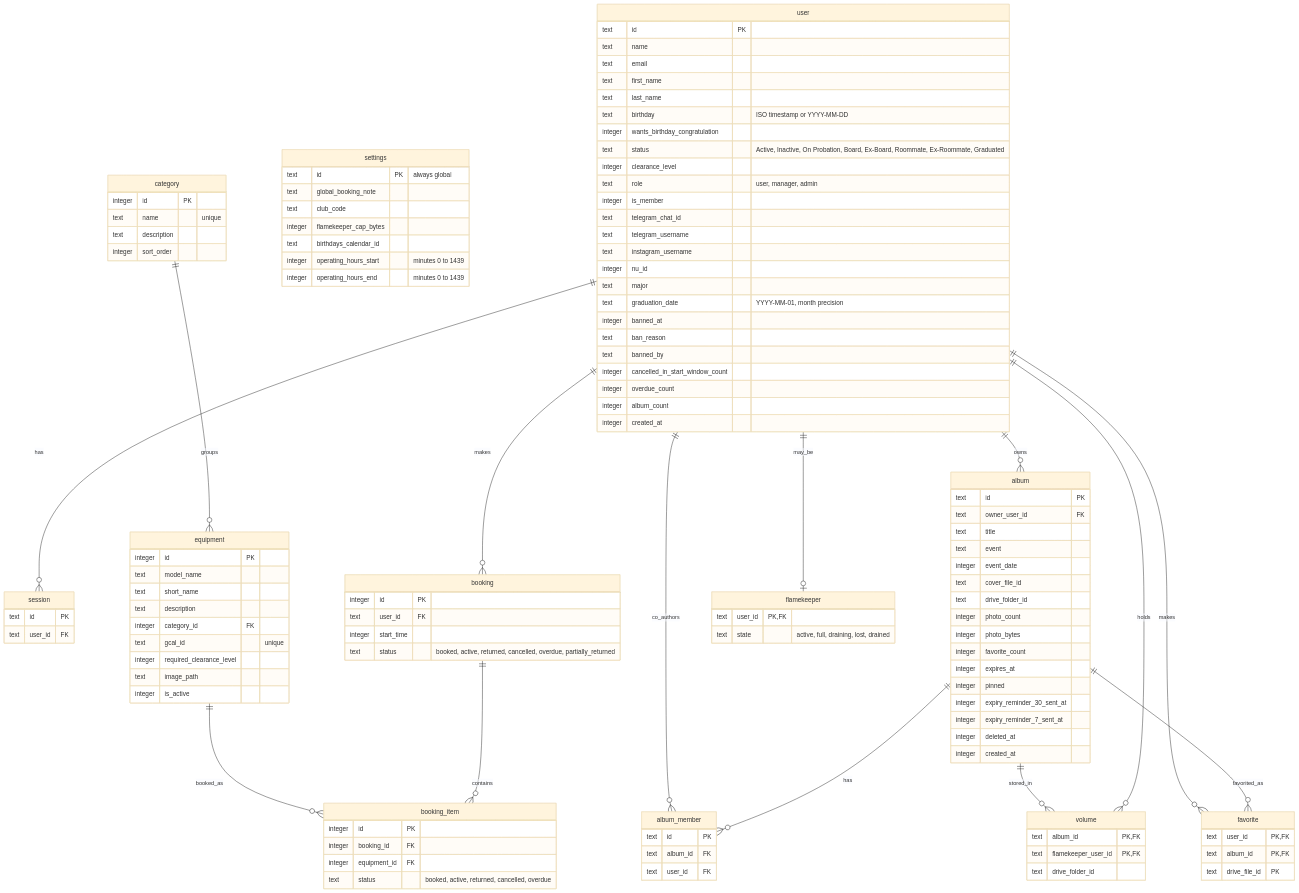
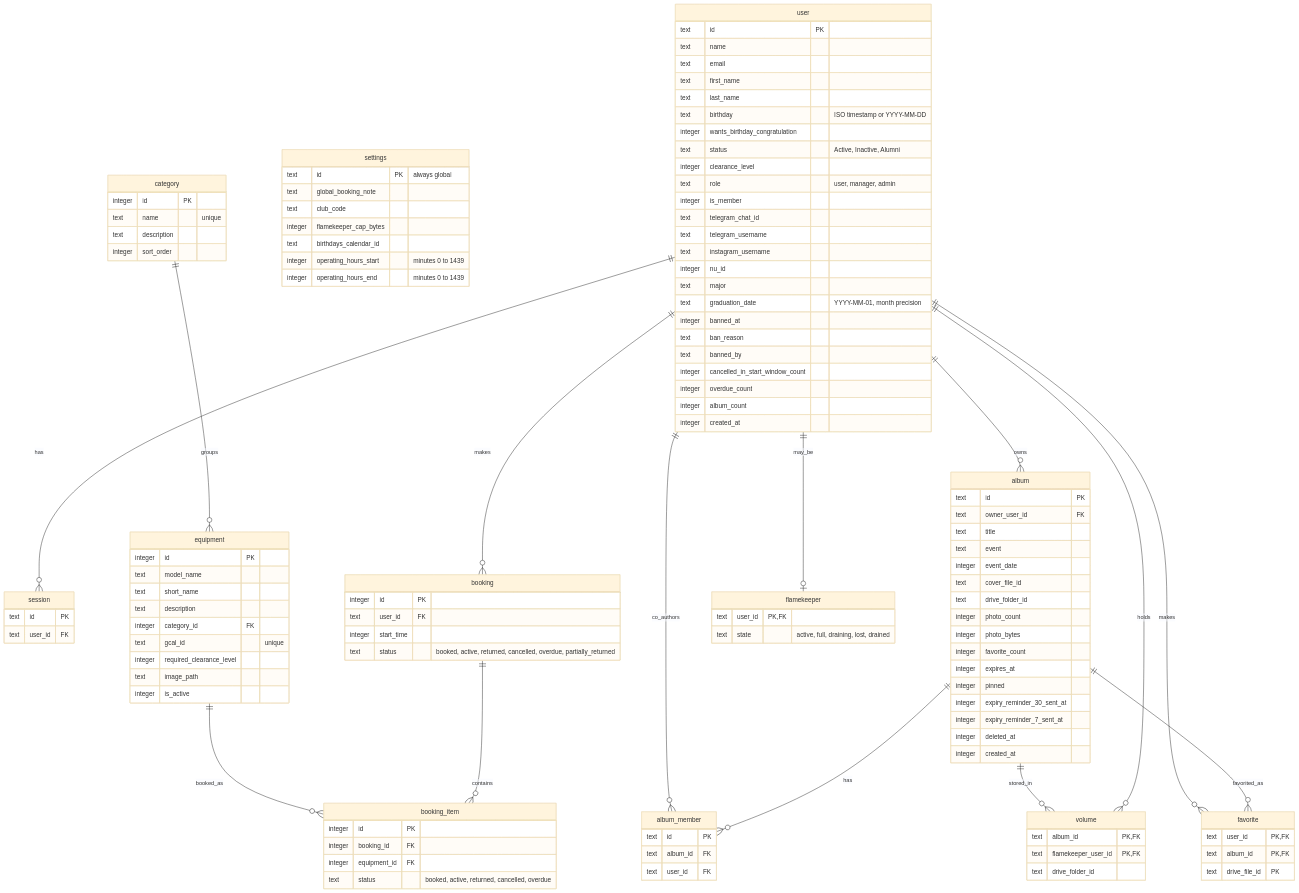
The diagram in docs/scenarios/admin/erd.md (sagyzdop/meriksirat), drawn with Mermaid (base theme) before and after one commit. The commit also changed other lines of this file and 157 other files, not shown here.

```diff
--- a/docs/scenarios/admin/erd.md
+++ b/docs/scenarios/admin/erd.md
@@ -20,7 +21,7 @@
         text last_name
         text birthday "ISO timestamp or YYYY-MM-DD"
         integer wants_birthday_congratulation
-        text status "Active, Inactive, On Probation, Board, Ex-Board, Roommate, Ex-Roommate, Graduated"
+        text status "Active, Inactive, Alumni"
         integer clearance_level
         text role "user, manager, admin"
         integer is_member
```
